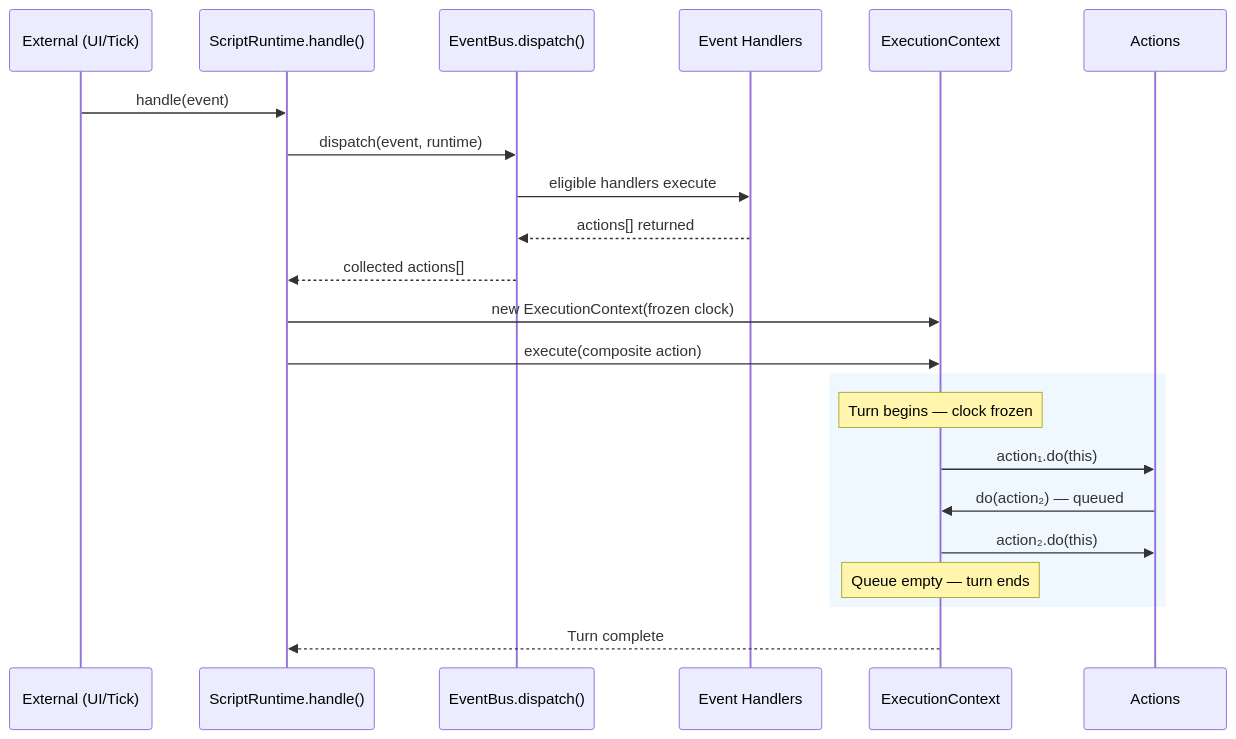
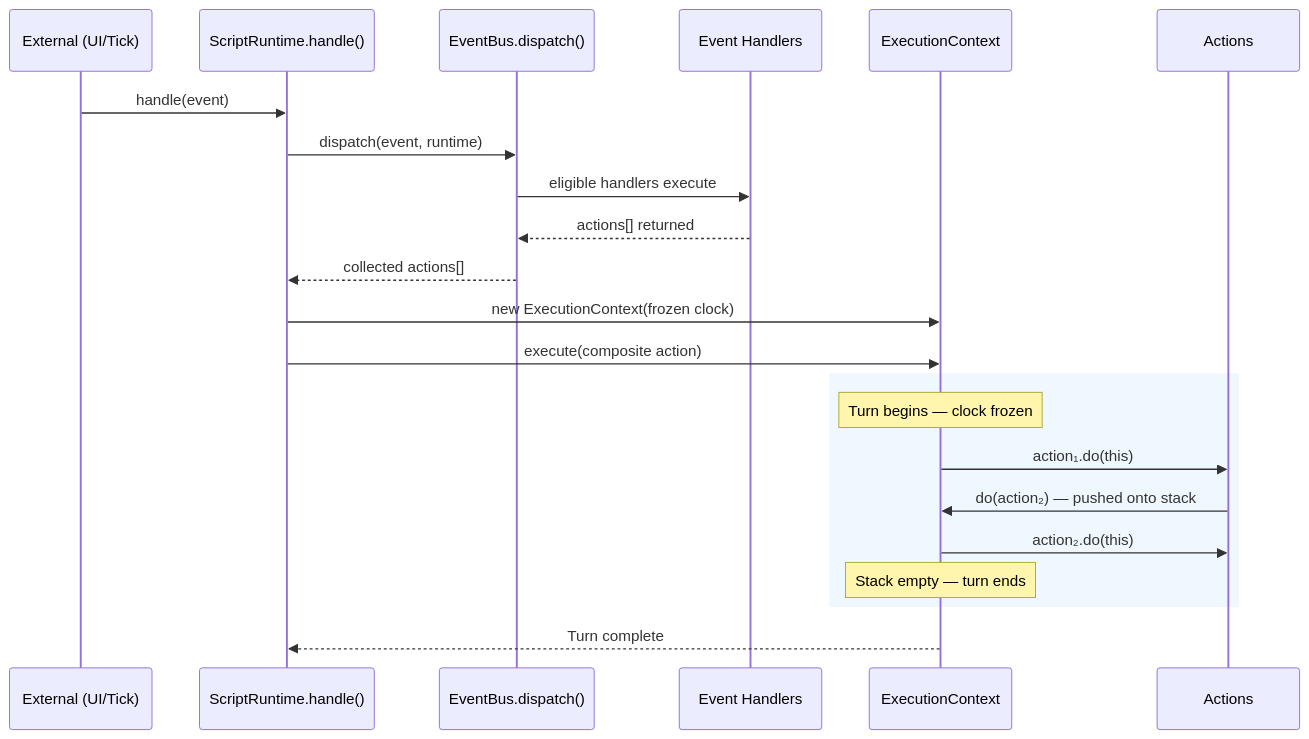
The seventh of 13 diagrams in docs/runtime-state-machine.md (SergeiGolos/wod-wiki), drawn with Mermaid before and after one commit. The commit also changed other lines of this file and 2 other files, not shown here.

First line of the commit message:
Update docs to reflect LIFO stack change and mark Gap 2 resolved

````diff
--- a/docs/runtime-state-machine.md
+++ b/docs/runtime-state-machine.md
@@ -310,27 +310,27 @@
 ```mermaid
 sequenceDiagram
     participant EXT as External (UI/Tick)
     participant SR as ScriptRuntime.handle()
     participant EB as EventBus.dispatch()
     participant H as Event Handlers
     participant EC as ExecutionContext
     participant A as Actions
 
     EXT->>SR: handle(event)
     SR->>EB: dispatch(event, runtime)
     EB->>H: eligible handlers execute
     H-->>EB: actions[] returned
     EB-->>SR: collected actions[]
     SR->>EC: new ExecutionContext(frozen clock)
     SR->>EC: execute(composite action)
     
     rect rgb(240, 248, 255)
         note over EC: Turn begins — clock frozen
         EC->>A: action₁.do(this)
-        A->>EC: do(action₂) — queued
+        A->>EC: do(action₂) — pushed onto stack
         EC->>A: action₂.do(this)
-        note over EC: Queue empty — turn ends
+        note over EC: Stack empty — turn ends
     end
     
     EC-->>SR: Turn complete
 ```
````
